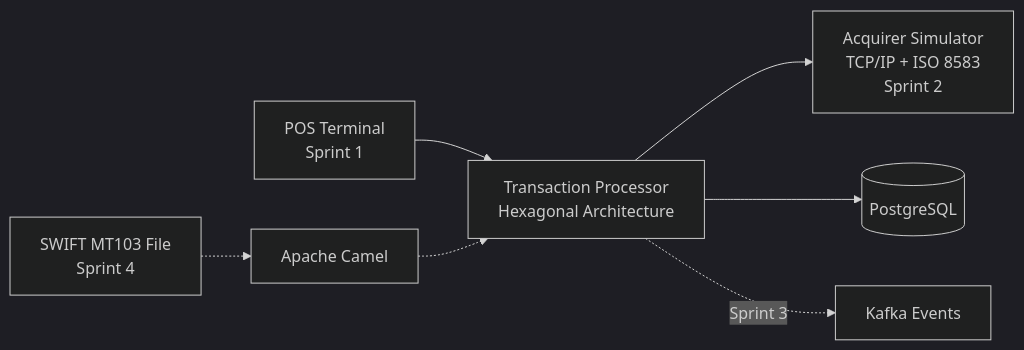
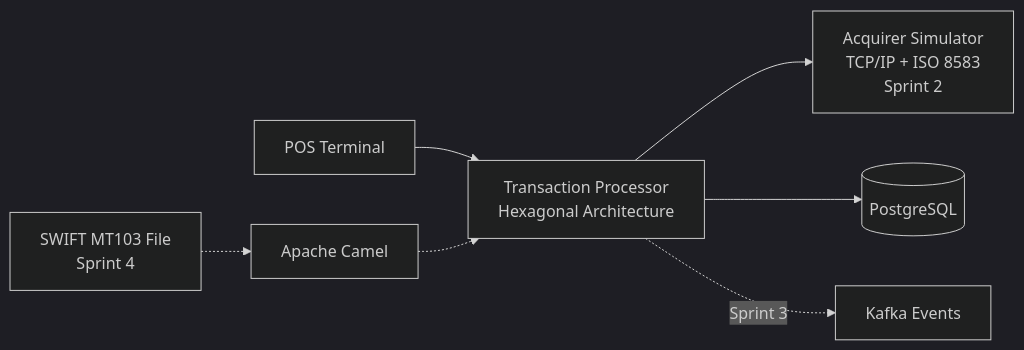
The second of 2 diagrams in docs/architecture.md (LucasBrovetto/financial-integration-platform), drawn with Mermaid (dark theme) before and after one commit. The commit also changed other lines of this file and 3 other files, not shown here.

Commit message:
docs(architecture): separate current and planned architecture

````diff
--- a/docs/architecture.md
+++ b/docs/architecture.md
@@ -11,9 +21,9 @@
 ```mermaid
 flowchart LR
-    POS["POS Terminal\nSprint 1"] --> Processor["Transaction Processor\nHexagonal Architecture"]
+    POS["POS Terminal"] --> Processor["Transaction Processor\nHexagonal Architecture"]
     Processor --> Acquirer["Acquirer Simulator\nTCP/IP + ISO 8583\nSprint 2"]
     Processor --> Database[(PostgreSQL)]
 
     Processor -. "Sprint 3" .-> Events["Kafka Events"]
     Swift["SWIFT MT103 File\nSprint 4"] -.-> Camel["Apache Camel"] -.-> Processor
 ```
````
